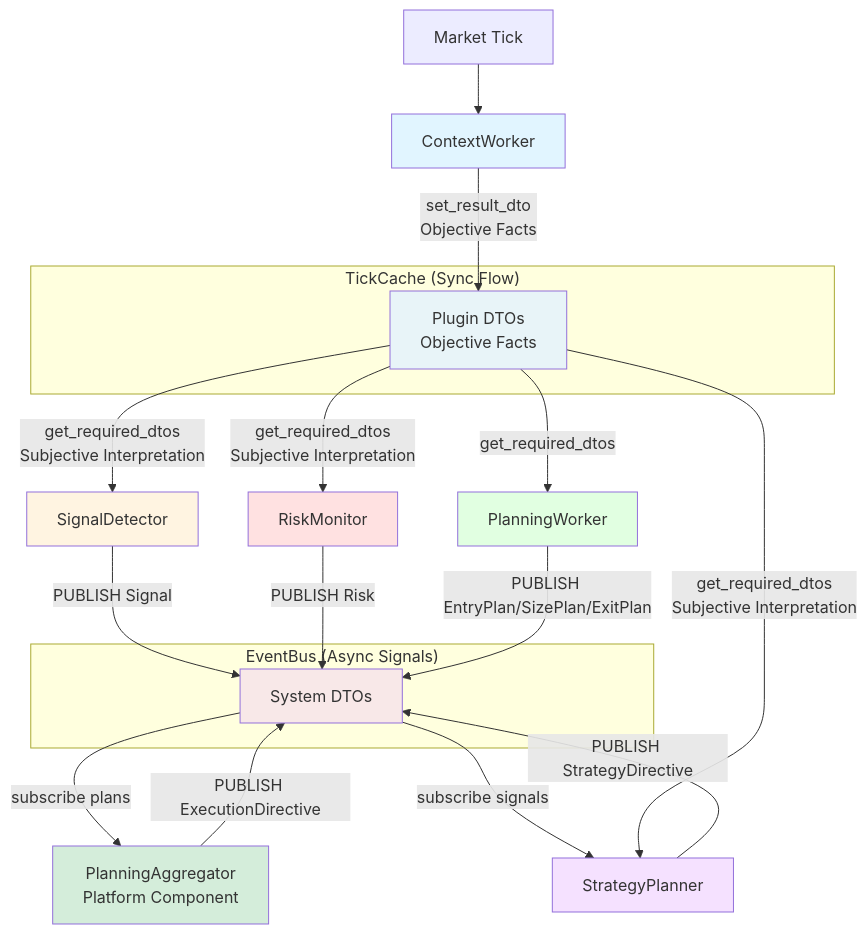
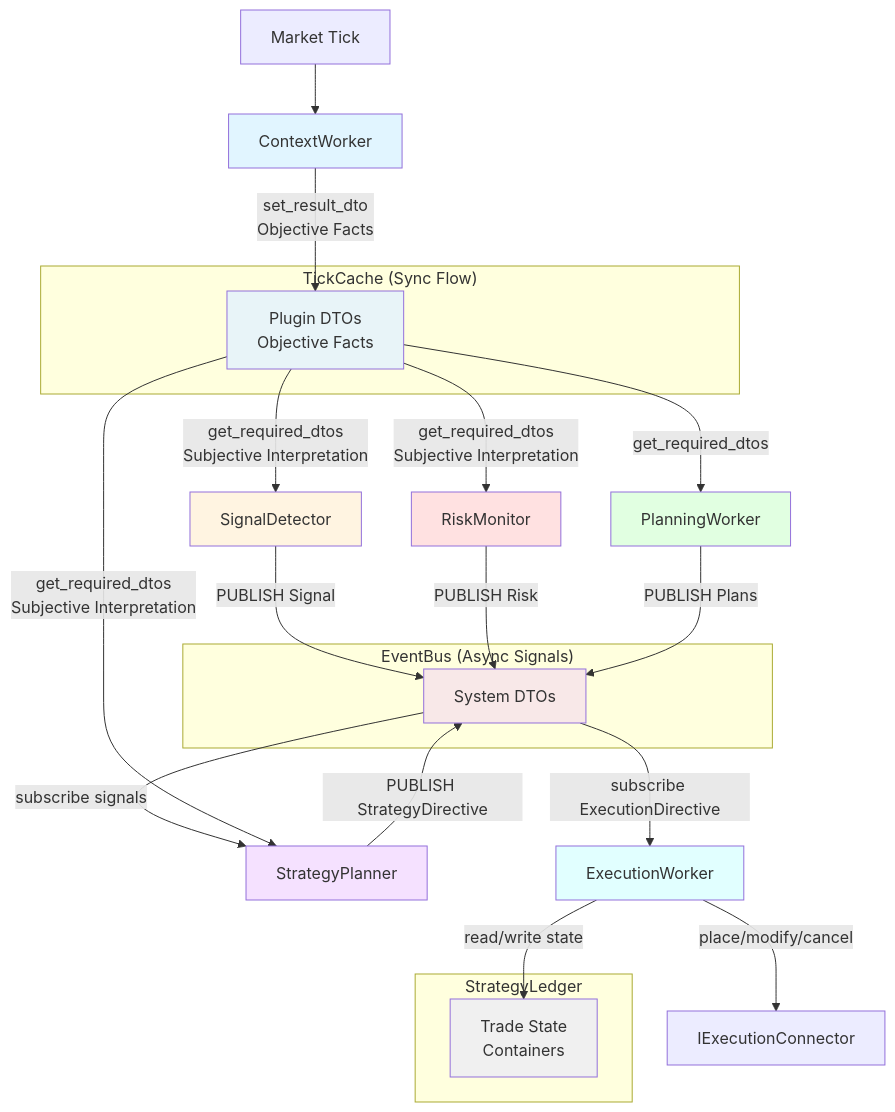
The diagram in docs/architecture/WORKER_TAXONOMY.md (MikeyVK/S1mpleTraderV3), drawn with Mermaid before and after one commit. The commit also changed other lines of this file, not shown here.

First line of the commit message:
docs: revise WORKER_TAXONOMY.md - reinstate ExecutionWorker as 6th category

````diff
--- a/docs/architecture/WORKER_TAXONOMY.md
+++ b/docs/architecture/WORKER_TAXONOMY.md
@@ -12,46 +13,52 @@
 ```mermaid
 graph TB
     Tick[Market Tick]
     
     subgraph TickCache["TickCache (Sync Flow)"]
         TC[Plugin DTOs<br/>Objective Facts]
     end
     
     subgraph EventBus["EventBus (Async Signals)"]
         EB[System DTOs]
     end
     
+    subgraph Ledger["StrategyLedger"]
+        SL[Trade State<br/>Containers]
+    end
+    
     CW[ContextWorker]
     OW[SignalDetector]
     TW[RiskMonitor]
     PW[PlanningWorker]
-    PA[PlanningAggregator<br/>Platform Component]
     SP[StrategyPlanner]
+    EW[ExecutionWorker]
     
     Tick --> CW
     CW -->|set_result_dto<br/>Objective Facts| TC
     
     TC -->|get_required_dtos<br/>Subjective Interpretation| OW
     TC -->|get_required_dtos<br/>Subjective Interpretation| TW
     TC -->|get_required_dtos| PW
     
     OW -->|PUBLISH Signal| EB
     TW -->|PUBLISH Risk| EB
-    PW -->|PUBLISH EntryPlan/SizePlan/ExitPlan| EB
-    
-    EB -->|subscribe plans| PA
-    PA -->|PUBLISH ExecutionDirective| EB
+    PW -->|PUBLISH Plans| EB
     
     EB -->|subscribe signals| SP
     TC -->|get_required_dtos<br/>Subjective Interpretation| SP
     SP -->|PUBLISH StrategyDirective| EB
     
+    EB -->|subscribe ExecutionDirective| EW
+    EW -->|read/write state| SL
+    EW -->|place/modify/cancel| Connector[IExecutionConnector]
+    
     style CW fill:#e1f5ff
     style OW fill:#fff4e1
     style TW fill:#ffe1e1
     style PW fill:#e1ffe1
-    style PA fill:#d4edda
     style SP fill:#f5e1ff
+    style EW fill:#e1ffff
     style TC fill:#e8f4f8
     style EB fill:#f8e8e8
+    style SL fill:#f0f0f0
 ```
````
